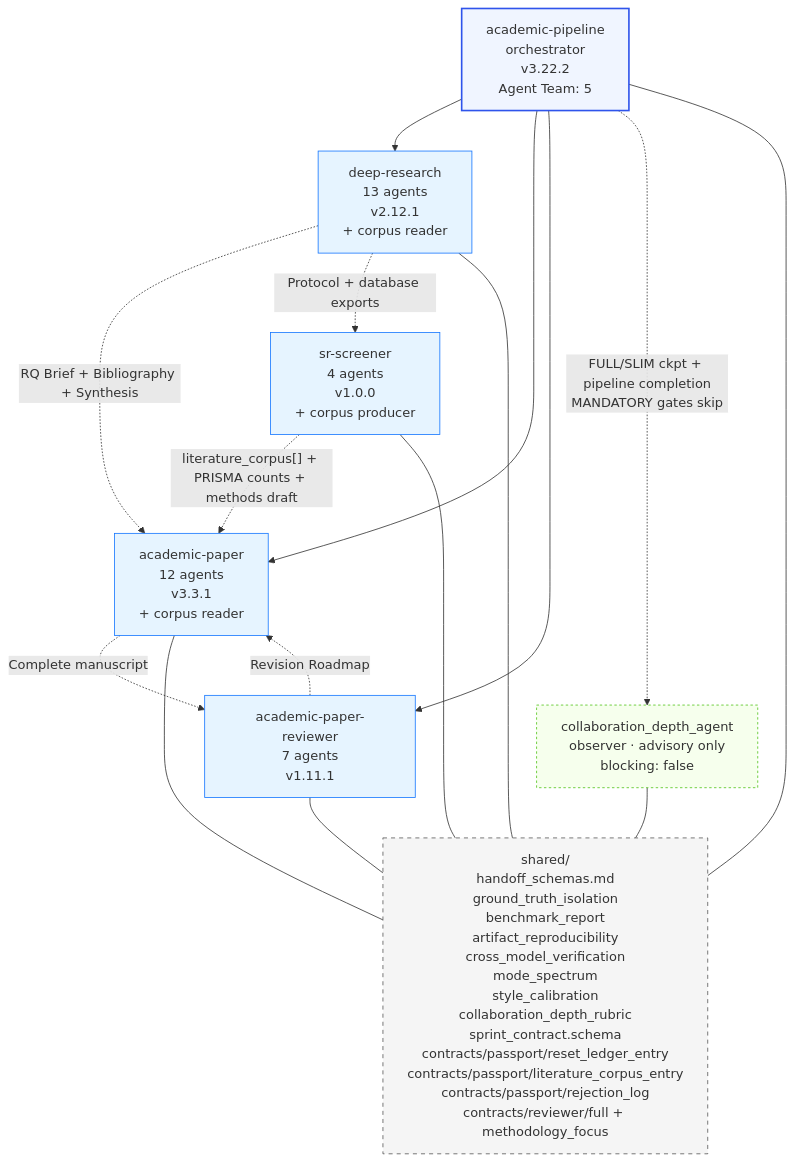
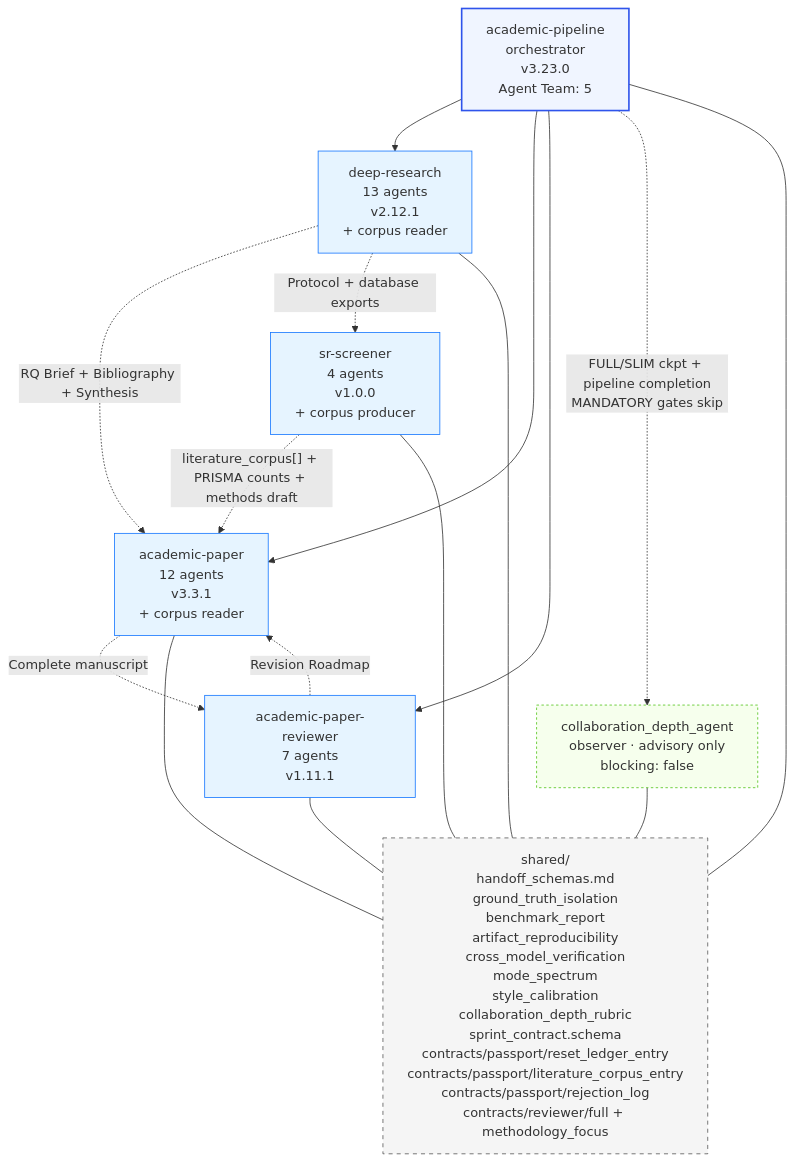
Before and after one commit to waterwoods-ai/academic-research-skills: the fourth of 5 diagrams in docs/ARCHITECTURE.md, drawn with Mermaid. The commit also changed other lines of this file and 16 other files, not shown here.

````diff
--- a/docs/ARCHITECTURE.md
+++ b/docs/ARCHITECTURE.md
@@ -220,35 +220,35 @@
 ```mermaid
 graph TD
-    Pipeline[academic-pipeline<br/>orchestrator<br/>v3.22.2<br/>Agent Team: 5]
+    Pipeline[academic-pipeline<br/>orchestrator<br/>v3.23.0<br/>Agent Team: 5]
     Observer[collaboration_depth_agent<br/>observer · advisory only<br/>blocking: false]
     DR[deep-research<br/>13 agents<br/>v2.12.1<br/>+ corpus reader]
     AP[academic-paper<br/>12 agents<br/>v3.3.1<br/>+ corpus reader]
     APR[academic-paper-reviewer<br/>7 agents<br/>v1.11.1]
     SRS[sr-screener<br/>4 agents<br/>v1.0.0<br/>+ corpus producer]
     Shared[shared/<br/>handoff_schemas.md<br/>ground_truth_isolation<br/>benchmark_report<br/>artifact_reproducibility<br/>cross_model_verification<br/>mode_spectrum<br/>style_calibration<br/>collaboration_depth_rubric<br/>sprint_contract.schema<br/>contracts/passport/reset_ledger_entry<br/>contracts/passport/literature_corpus_entry<br/>contracts/passport/rejection_log<br/>contracts/reviewer/full + methodology_focus]
 
     Pipeline --> DR
     Pipeline --> AP
     Pipeline --> APR
     Pipeline -. "FULL/SLIM ckpt + pipeline completion<br/>MANDATORY gates skip" .-> Observer
     DR -. "RQ Brief + Bibliography + Synthesis" .-> AP
     AP -. "Complete manuscript" .-> APR
     APR -. "Revision Roadmap" .-> AP
     DR -. "Protocol + database exports" .-> SRS
     SRS -. "literature_corpus[] + PRISMA counts + methods draft" .-> AP
     DR --- Shared
     AP --- Shared
     APR --- Shared
     Pipeline --- Shared
     Observer --- Shared
     SRS --- Shared
 
     classDef orch fill:#f0f5ff,stroke:#2f54eb,stroke-width:2px
     classDef skill fill:#e6f4ff,stroke:#1677ff
     classDef shared fill:#f5f5f5,stroke:#595959,stroke-dasharray:5 5
     classDef observer fill:#f6ffed,stroke:#52c41a,stroke-dasharray:3 3
     class Pipeline orch
     class DR,AP,APR,SRS skill
     class Shared shared
     class Observer observer
 ```
````
